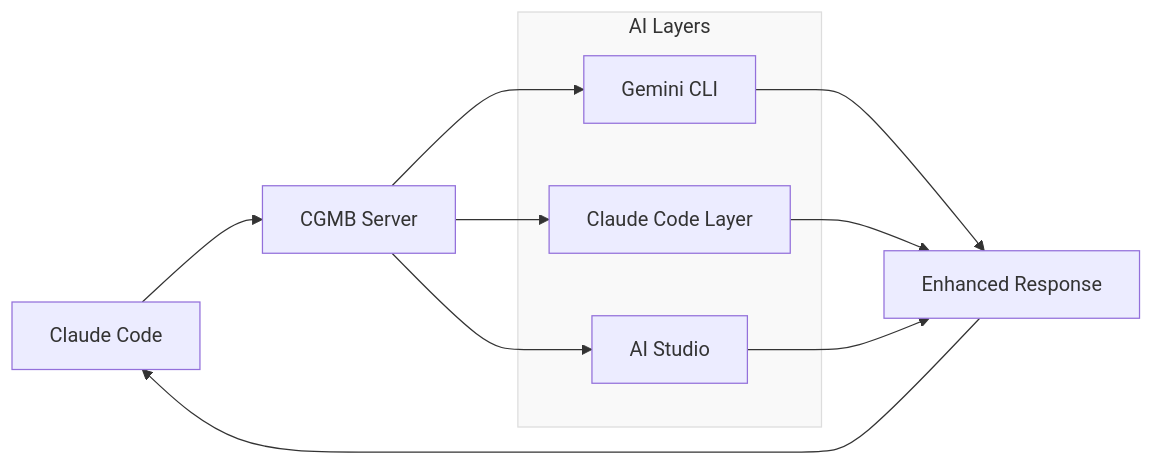
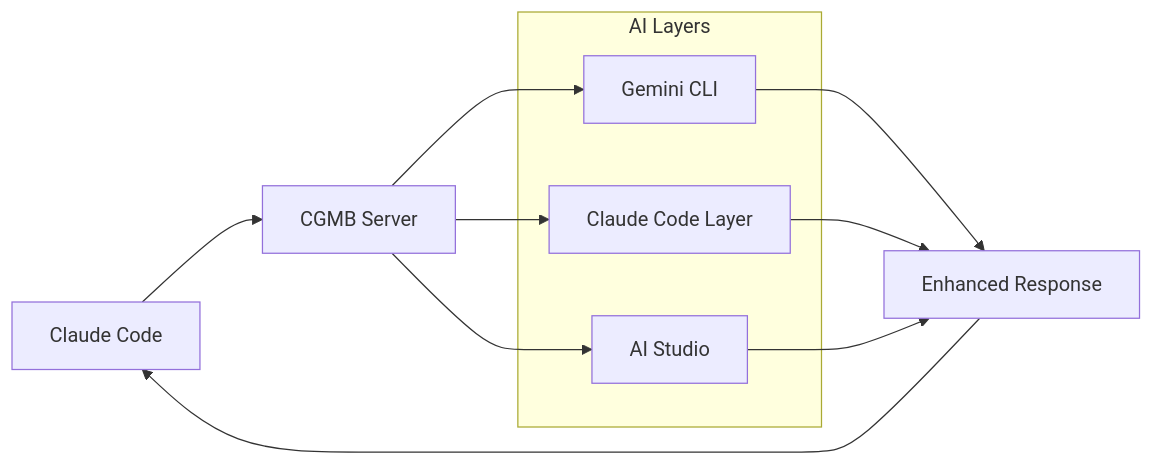
The diagram in README.md (goodaymmm/claude-gemini-multimodal-bridge), drawn with Mermaid before and after one commit.

Commit message:
🎨 style: Remove AI layers background color
- Remove background styling from AI layers subgraph
- Keep clean, minimal appearance
- Maintain grouping without visual clutter

🤖 Generated with [Claude Code](https://claude.ai/code)

````diff
--- a/README.md
+++ b/README.md
@@ -36,22 +36,20 @@
 ```mermaid
 flowchart LR
     A[Claude Code] --> B[CGMB Server]
     
     B --> C[Gemini CLI]
     B --> D[Claude Code Layer]
     B --> E[AI Studio]
     
     C --> F[Enhanced Response]
     D --> F
     E --> F
     
     F --> A
     
     subgraph layers [" AI Layers "]
         C
         D  
         E
     end
-    
-    style layers fill:#f9f9f9,stroke:#ddd,stroke-width:1px
 ```
````
